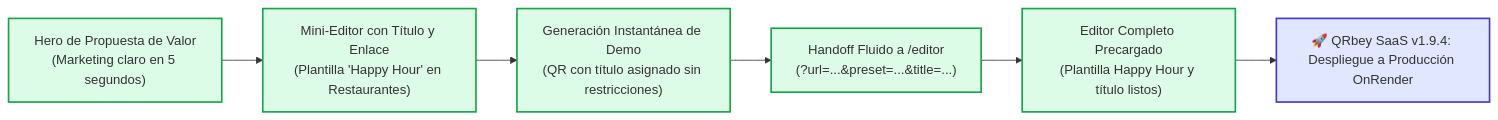
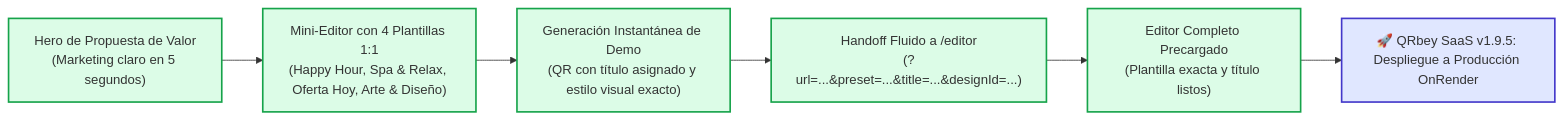
Before and after one commit to paolapaz202504/QRgenerator: the diagram in PROJECT_STATUS_QRGENERATOR.md, drawn with Mermaid. The commit also changed other lines of this file and 13 other files, not shown here.

Commit message:
feat(v1.9.5): plantillas persistentes en mini-editor, reparacion in-place de perfil sin recargas y optimizacion de trafico

````diff
--- a/PROJECT_STATUS_QRGENERATOR.md
+++ b/PROJECT_STATUS_QRGENERATOR.md
@@ -12,15 +12,15 @@
 ```mermaid
 flowchart LR
-    A["Hero de Propuesta de Valor\n(Marketing claro en 5 segundos)"] --> B["Mini-Editor con Título y Enlace\n(Plantilla 'Happy Hour' en Restaurantes)"]
-    B --> C["Generación Instantánea de Demo\n(QR con título asignado sin restricciones)"]
-    C --> D["Handoff Fluido a /editor\n(?url=...&preset=...&title=...)"]
-    D --> E["Editor Completo Precargado\n(Plantilla Happy Hour y título listos)"]
-    E --> F["🚀 QRbey SaaS v1.9.4: Despliegue a Producción OnRender"]
+    A["Hero de Propuesta de Valor\n(Marketing claro en 5 segundos)"] --> B["Mini-Editor con 4 Plantillas 1:1\n(Happy Hour, Spa & Relax, Oferta Hoy, Arte & Diseño)"]
+    B --> C["Generación Instantánea de Demo\n(QR con título asignado y estilo visual exacto)"]
+    C --> D["Handoff Fluido a /editor\n(?url=...&preset=...&title=...&designId=...)"]
+    D --> E["Editor Completo Precargado\n(Plantilla exacta y título listos)"]
+    E --> F["🚀 QRbey SaaS v1.9.5: Despliegue a Producción OnRender"]
     
     style A fill:#dcfce7,stroke:#16a34a,stroke-width:2px
     style B fill:#dcfce7,stroke:#16a34a,stroke-width:2px
     style C fill:#dcfce7,stroke:#16a34a,stroke-width:2px
     style D fill:#dcfce7,stroke:#16a34a,stroke-width:2px
     style E fill:#dcfce7,stroke:#16a34a,stroke-width:2px
     style F fill:#e0e7ff,stroke:#4338ca,stroke-width:2px
 ```
````
